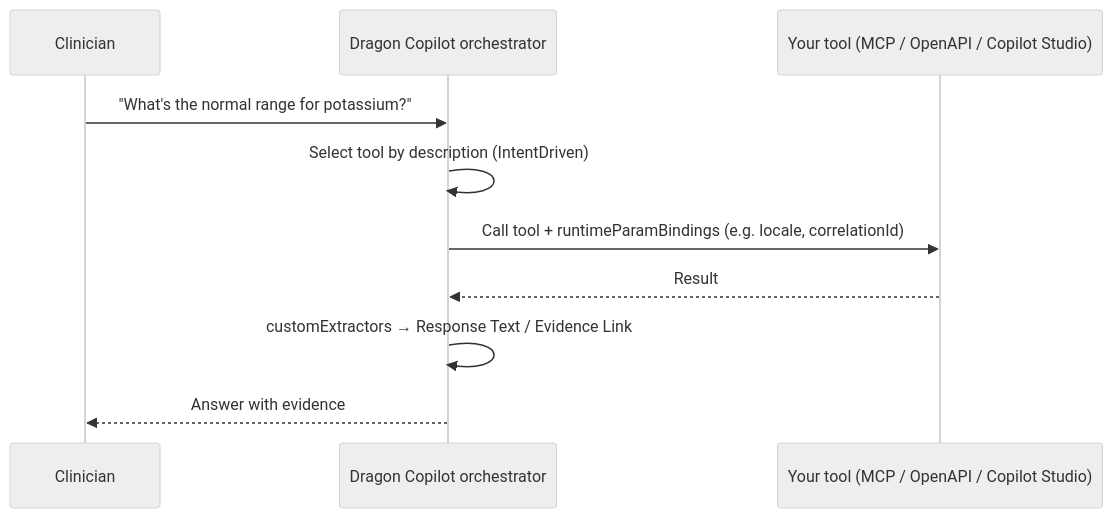
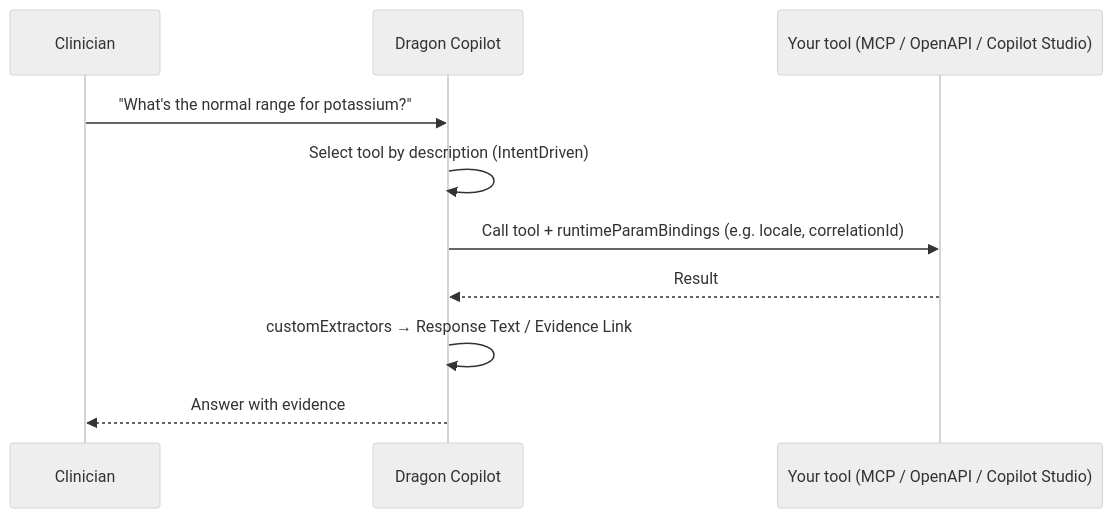
The diagram in conversational/README.md (microsoft/dragon-copilot-extension-samples), drawn with Mermaid (neutral theme) before and after one commit. The commit also changed other lines of this file and 15 other files, not shown here.

First line of the commit message:
Remove internal tenantName source, Plotly Chart extractor and orchestrator wording

````diff
--- a/conversational/README.md
+++ b/conversational/README.md
@@ -28,12 +28,12 @@
 ```mermaid
 sequenceDiagram
     participant C as Clinician
-    participant D as Dragon Copilot orchestrator
+    participant D as Dragon Copilot
     participant T as Your tool (MCP / OpenAPI / Copilot Studio)
     C->>D: "What's the normal range for potassium?"
     D->>D: Select tool by description (IntentDriven)
     D->>T: Call tool + runtimeParamBindings (e.g. locale, correlationId)
     T-->>D: Result
     D->>D: customExtractors → Response Text / Evidence Link
     D-->>C: Answer with evidence
 ```
````
